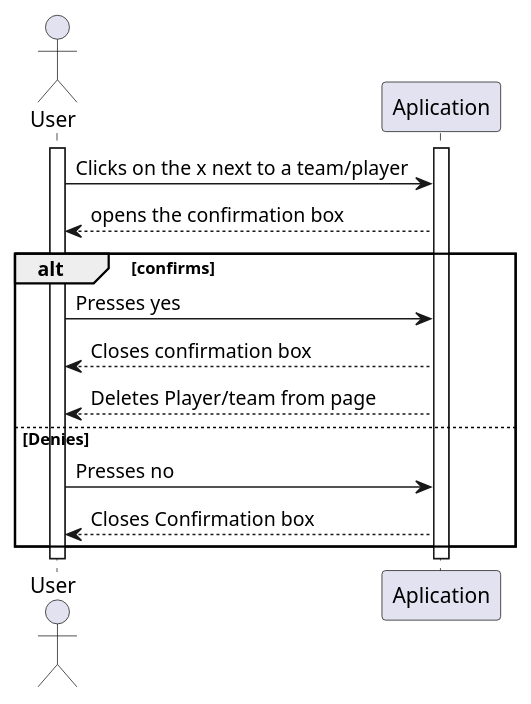
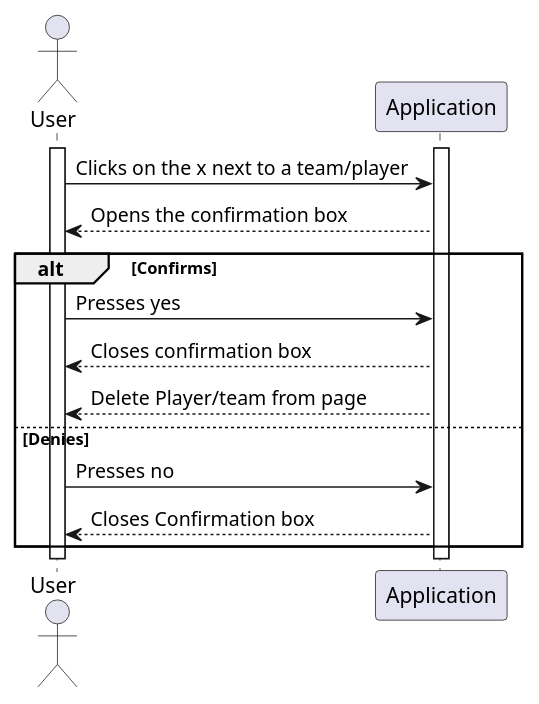
Before and after one commit to itzMesh/DCST1008-Prosjekt: the diagram in ProjektUML/SequencediagramUserAppData/sequence_diagram_deleteTeam.wsd, drawn with PlantUML. The commit also changed 17 other files, not shown here.

Commit message:
Sequence fix

```diff
--- a/ProjektUML/SequencediagramUserAppData/sequence_diagram_deleteTeam.wsd
+++ b/ProjektUML/SequencediagramUserAppData/sequence_diagram_deleteTeam.wsd
@@ -1,23 +1,23 @@
 @startuml createTournament
 
 actor User as U
-participant Aplication as A
+participant Application as A
 
 activate U
 activate A
 
 U->A: Clicks on the x next to a team/player
-A-->U: opens the confirmation box
-alt confirms
+A-->U: Opens the confirmation box
+alt Confirms
     U->A: Presses yes
     A-->U: Closes confirmation box
-    A-->U: Deletes Player/team from page
+    A-->U: Delete Player/team from page
 else Denies
     U->A: Presses no
     A-->U: Closes Confirmation box
 
 end
 
 
 
 @enduml
```
